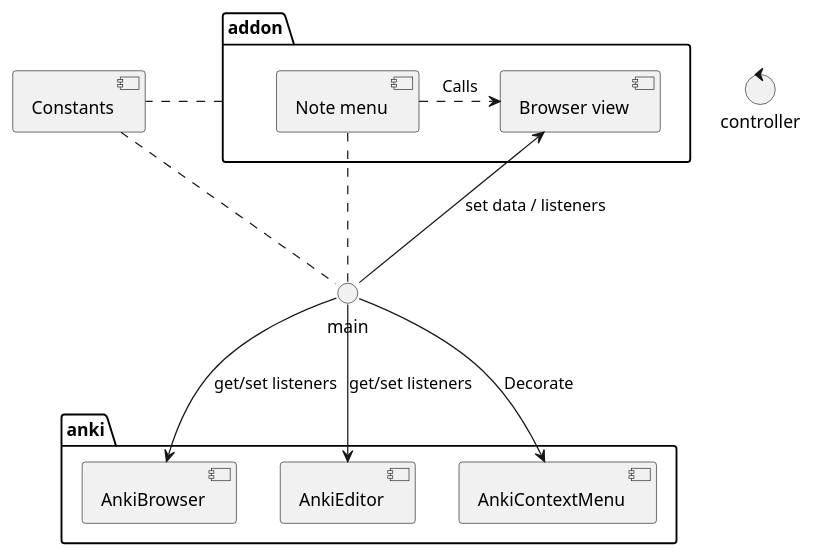
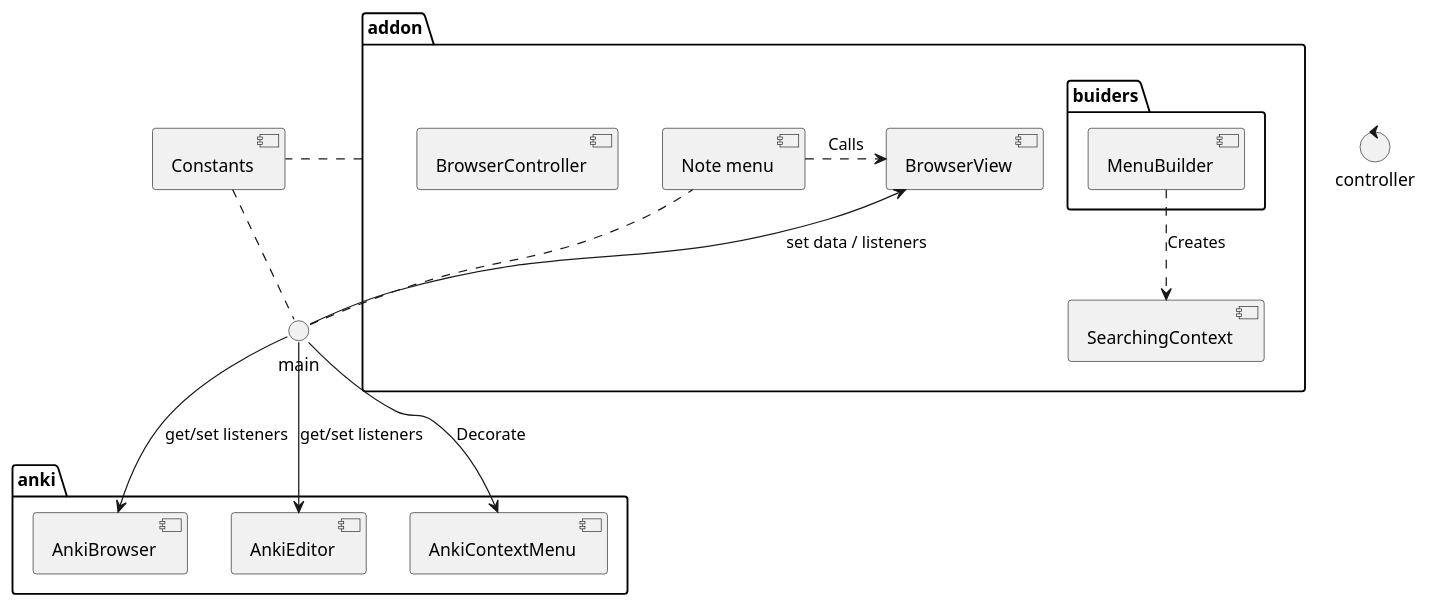
Before and after one commit to ssricardo/anki-plugins: the diagram in anki-web-browser/doc/inner-browser-components.wsd, drawn with PlantUML. The commit also changed 22 other files, not shown here.

```diff
--- a/anki-web-browser/doc/inner-browser-components.wsd
+++ b/anki-web-browser/doc/inner-browser-components.wsd
@@ -1,34 +1,41 @@
 @startuml "Web Browser - Components"
 
 ' Interface com browser ou editor p pegar selecionado
 '   - Listener: quando current é trocado
 ' Atualizador de note
 ' Browser: 
 '   - exibir a partir de palavra selecionada
 '   - repassar palavra ou imagem para note
 
 control "controller"
 [Constants] as cons
 
 package "anki" {
     [AnkiBrowser] as abr
     [AnkiEditor] as aed
     [AnkiContextMenu] as acm
 }
 
 package "addon" as ad {
-    [Browser view] as bsr
+    [BrowserView] as bsr
+    [BrowserController] as bctr    
+    [SearchingContext] as sctx
     [Note menu] as nMenu
+
+    package "buiders" {
+        [MenuBuilder] as mbd
+    }
 }
 
 ad .. cons
 main .up. cons
 main --> acm : Decorate
 main .. nMenu
 main --> abr : get/set listeners
 main --> aed : get/set listeners
 main -up-> bsr : set data / listeners
 nMenu .> bsr : Calls
+mbd ..> sctx : Creates
 
 
 @enduml
```
